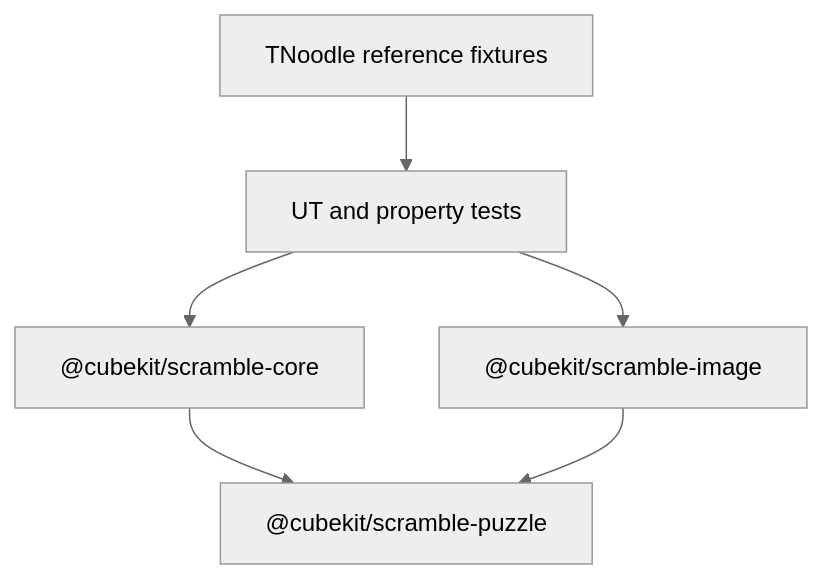
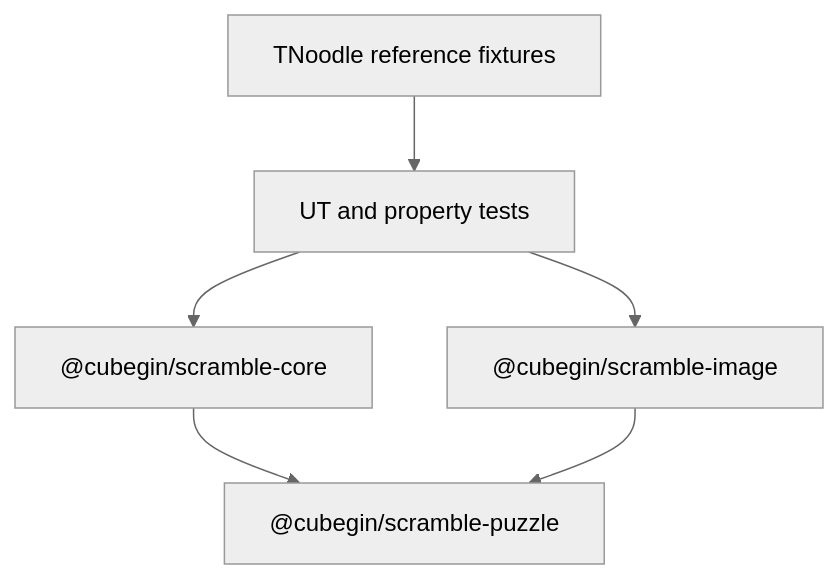
Before and after one commit to deweyou/cube-kit: the first of 3 diagrams in docs/superpowers/specs/2026-05-26-tnoodle-scramble-packages-design.md, drawn with Mermaid (neutral theme). The commit also changed other lines of this file and 164 other files, not shown here.

````diff
--- a/docs/superpowers/specs/2026-05-26-tnoodle-scramble-packages-design.md
+++ b/docs/superpowers/specs/2026-05-26-tnoodle-scramble-packages-design.md
@@ -37,14 +37,14 @@
 ```mermaid
 flowchart TD
-    Puzzle["@cubekit/scramble-puzzle"]
-    Core["@cubekit/scramble-core"]
-    Image["@cubekit/scramble-image"]
+    Puzzle["@cubegin/scramble-puzzle"]
+    Core["@cubegin/scramble-core"]
+    Image["@cubegin/scramble-image"]
     Tnoodle["TNoodle reference fixtures"]
     Tests["UT and property tests"]
 
     Core --> Puzzle
     Image --> Puzzle
     Tests --> Core
     Tests --> Image
     Tnoodle --> Tests
 ```
````
